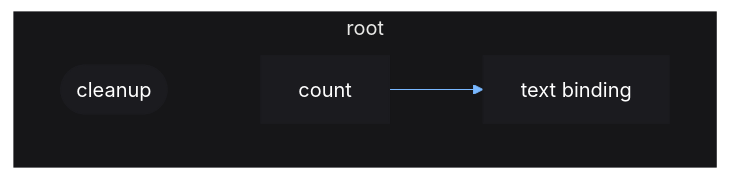
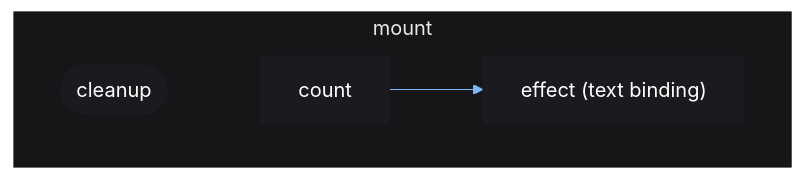
The diagram in docs/tut/crash-course/10-cleanup.md (centau/vide), drawn with Mermaid before and after one commit. The commit also changed other lines of this file and 15 other files, not shown here.

````diff
--- a/docs/tut/crash-course/10-cleanup.md
+++ b/docs/tut/crash-course/10-cleanup.md
@@ -50,21 +50,21 @@
 ```mermaid
 %%{init: {
     "theme": "base",
     "themeVariables": {
         "primaryColor": "#1B1B1F",
         "primaryTextColor": "#fff",
         "primaryBorderColor": "#1B1B1F",
         "lineColor": "#79B8FF",
         "tertiaryColor": "#161618",
         "tertiaryBorderColor": "#161618"
     }
 }}%%
 
-flowchart
+graph
 
-subgraph root
+subgraph mount
     direction LR
     cleanup([cleanup]) ~~~ count 
-    count --> bind[text binding]
+    count --> bind["effect (text binding)"]
 end
 ```
````
